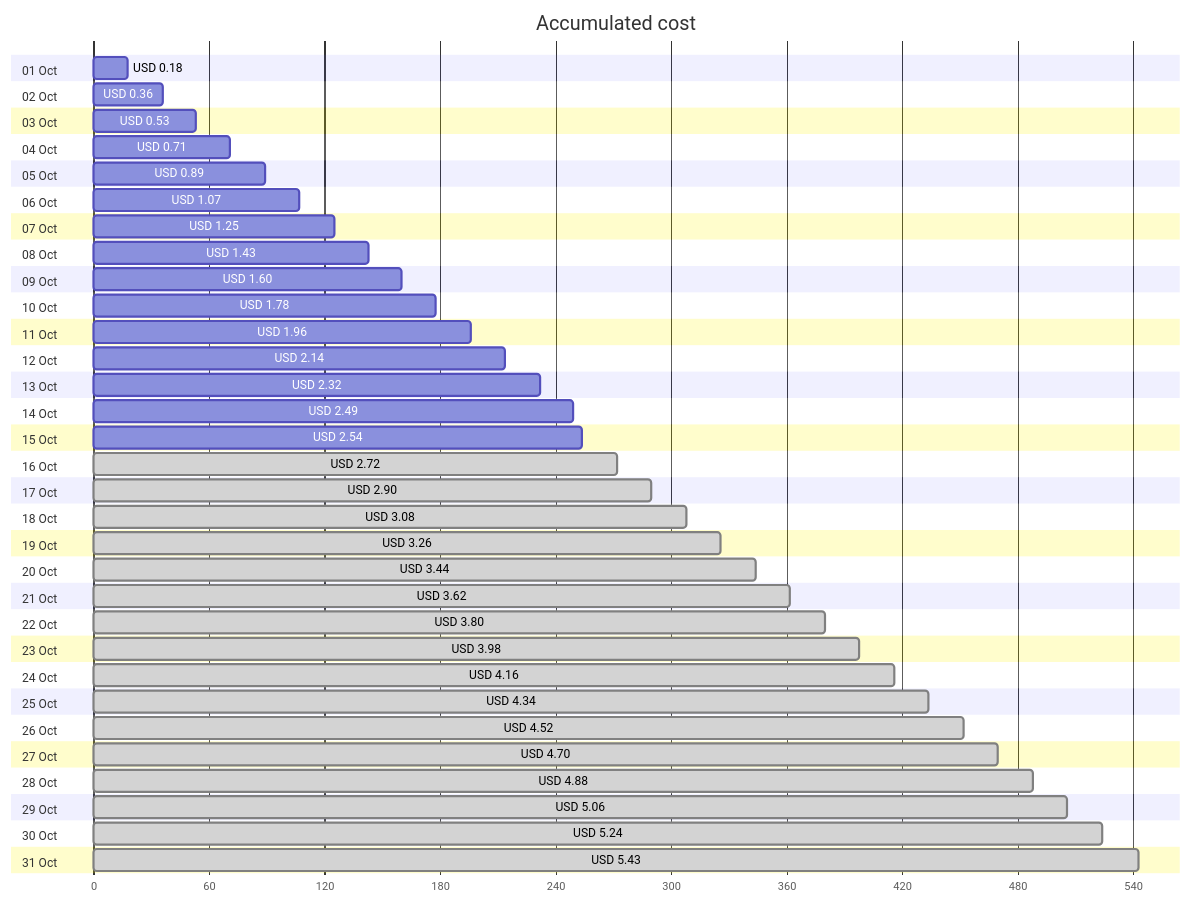
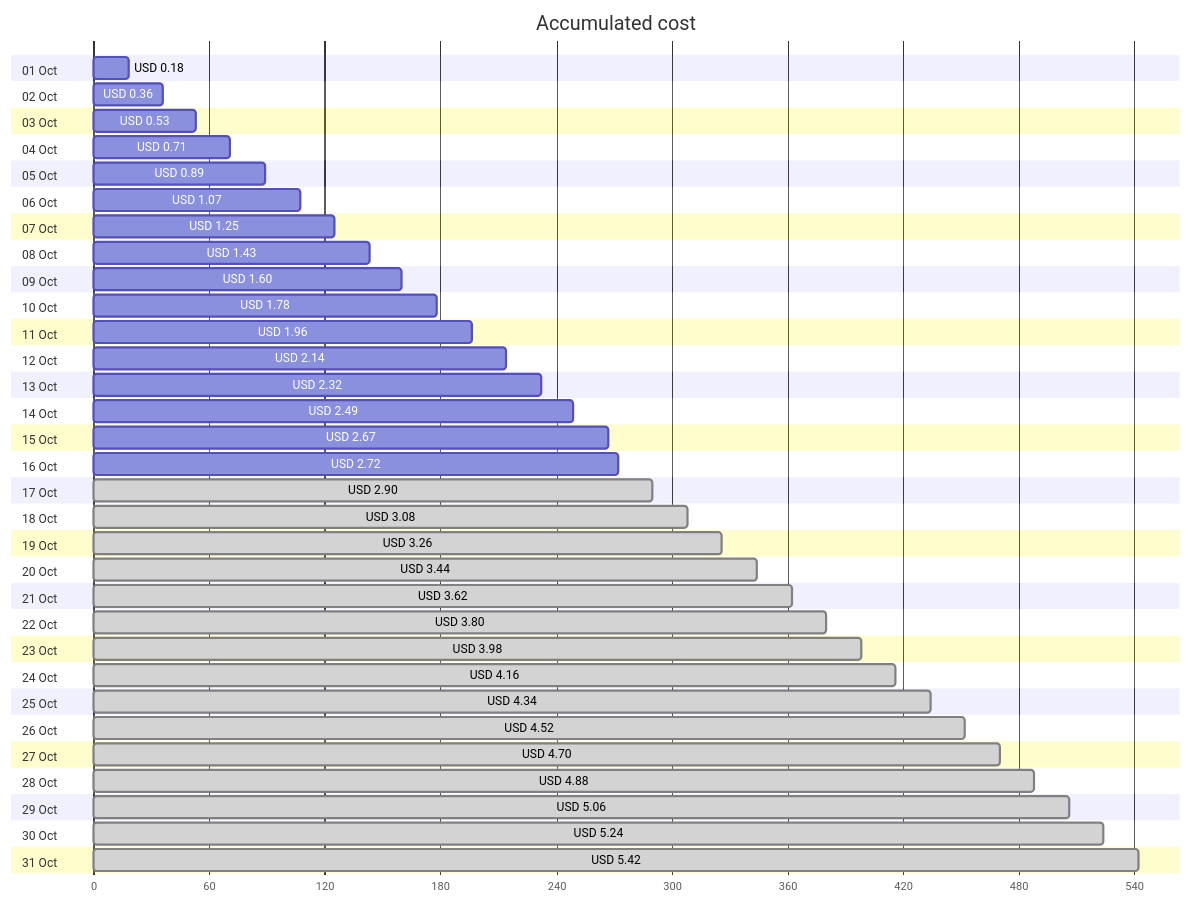
One commit to jpfulton/azure-personal-reports changed the first of 4 diagrams in cost-reports/personal-network/backup-server.md. Above: the diagram before and after it, drawn with Mermaid. The commit also changed other lines of this file and 8 other files, not shown here.

````diff
--- a/cost-reports/personal-network/backup-server.md
+++ b/cost-reports/personal-network/backup-server.md
@@ -20,68 +20,68 @@
 ```mermaid
 gantt
    title Accumulated cost
    dateFormat  X
    axisFormat %s
    section 01 Oct
    USD 0.18 :0, 18
    section 02 Oct
    USD 0.36 :0, 36
    section 03 Oct
    USD 0.53 :0, 53
    section 04 Oct
    USD 0.71 :0, 71
    section 05 Oct
    USD 0.89 :0, 89
    section 06 Oct
    USD 1.07 :0, 107
    section 07 Oct
    USD 1.25 :0, 125
    section 08 Oct
    USD 1.43 :0, 143
    section 09 Oct
    USD 1.60 :0, 160
    section 10 Oct
    USD 1.78 :0, 178
    section 11 Oct
    USD 1.96 :0, 196
    section 12 Oct
    USD 2.14 :0, 214
    section 13 Oct
    USD 2.32 :0, 232
    section 14 Oct
    USD 2.49 :0, 249
    section 15 Oct
-   USD 2.54 :0, 254
+   USD 2.67 :0, 267
    section 16 Oct
-   USD 2.72 : done, 0, 272
+   USD 2.72 :0, 272
    section 17 Oct
    USD 2.90 : done, 0, 290
    section 18 Oct
    USD 3.08 : done, 0, 308
    section 19 Oct
    USD 3.26 : done, 0, 326
    section 20 Oct
    USD 3.44 : done, 0, 344
    section 21 Oct
    USD 3.62 : done, 0, 362
    section 22 Oct
    USD 3.80 : done, 0, 380
    section 23 Oct
    USD 3.98 : done, 0, 398
    section 24 Oct
    USD 4.16 : done, 0, 416
    section 25 Oct
    USD 4.34 : done, 0, 434
    section 26 Oct
    USD 4.52 : done, 0, 452
    section 27 Oct
    USD 4.70 : done, 0, 470
    section 28 Oct
    USD 4.88 : done, 0, 488
    section 29 Oct
    USD 5.06 : done, 0, 506
    section 30 Oct
    USD 5.24 : done, 0, 524
    section 31 Oct
-   USD 5.43 : done, 0, 543
+   USD 5.42 : done, 0, 542
 ```
````
